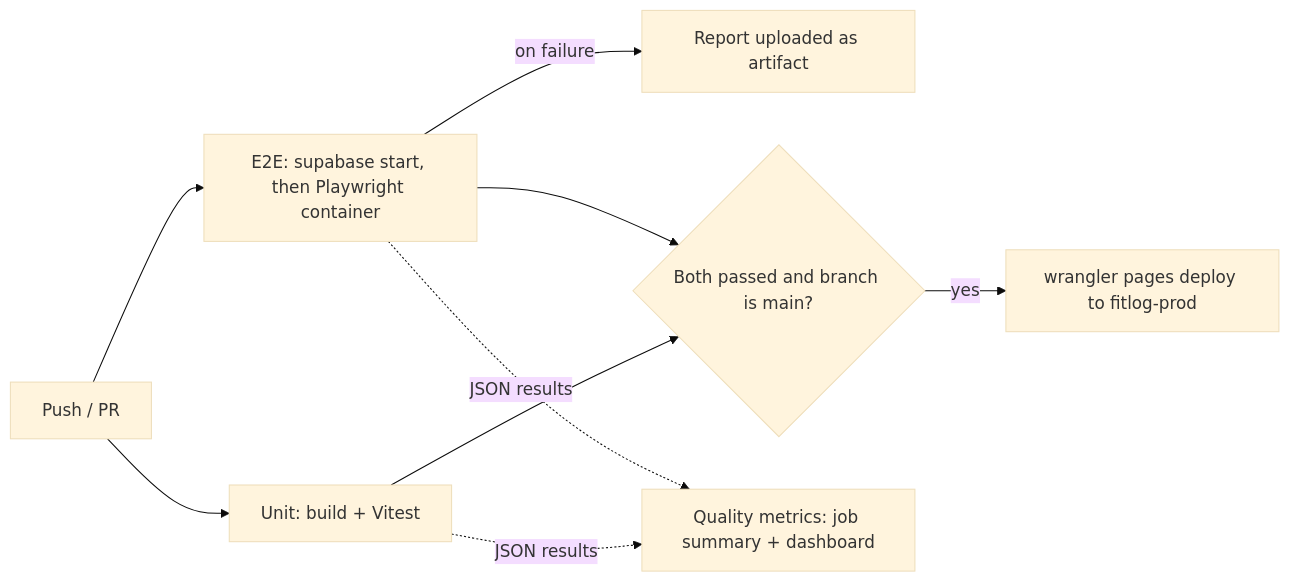
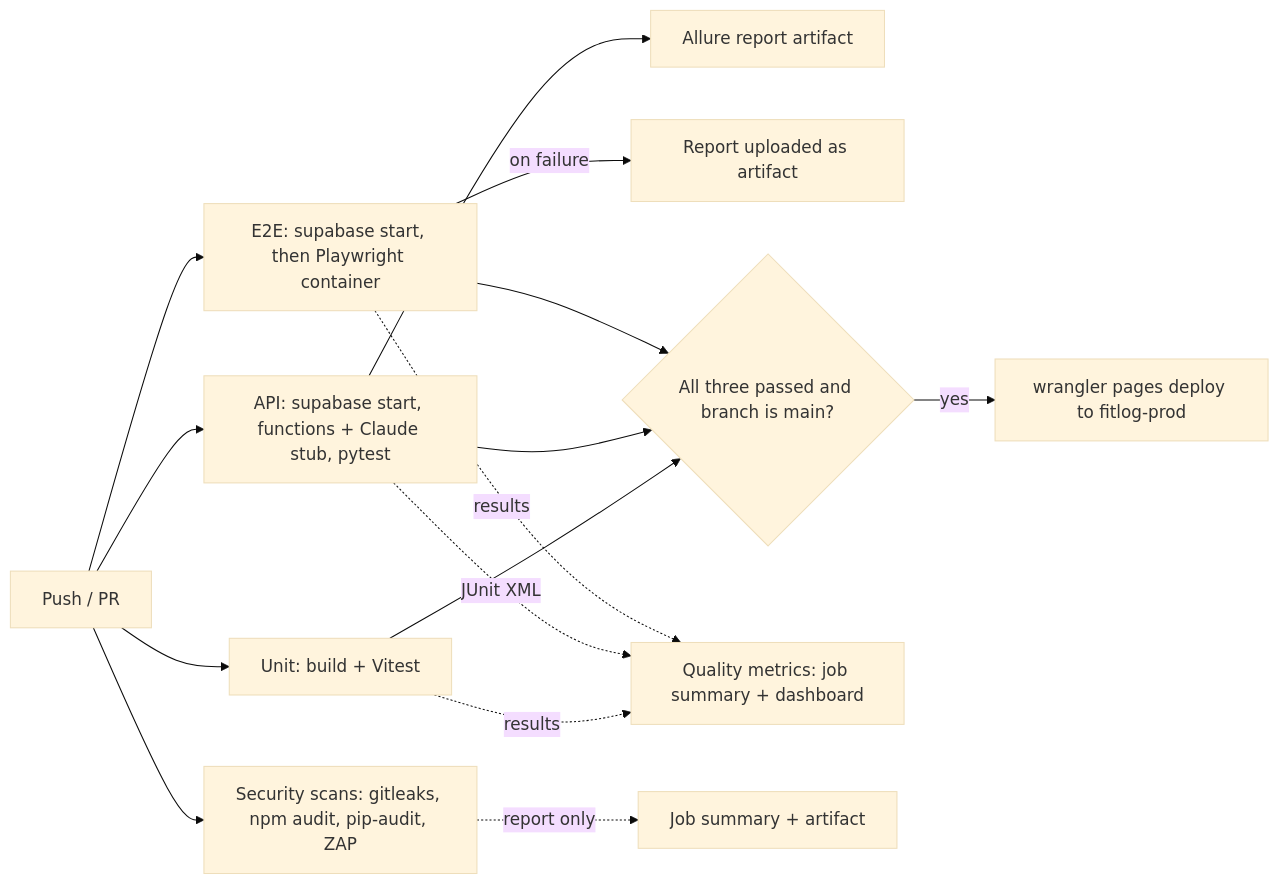
One commit to kakaul94-prof/FitLog changed the second of 2 diagrams in README.md. Above: the diagram before and after it, drawn with Mermaid (base theme). The commit also changed other lines of this file and 2 other files, not shown here.

First line of the commit message:
Document the test pyramid, the API suite and every security finding

````diff
--- a/README.md
+++ b/README.md
@@ -94,11 +110,17 @@
 ```mermaid
 flowchart LR
   PUSH[Push / PR] --> UNIT[Unit: build + Vitest]
+  PUSH --> API[API: supabase start, functions + Claude stub, pytest]
   PUSH --> E2E[E2E: supabase start, then Playwright container]
+  PUSH --> SEC[Security scans: gitleaks, npm audit, pip-audit, ZAP]
+  API --> ALLURE[Allure report artifact]
   E2E -- on failure --> ART[Report uploaded as artifact]
-  UNIT --> GATE{Both passed and branch is main?}
+  UNIT --> GATE{All three passed and branch is main?}
+  API --> GATE
   E2E --> GATE
   GATE -- yes --> DEPLOY[wrangler pages deploy to fitlog-prod]
-  UNIT -. JSON results .-> METRICS[Quality metrics: job summary + dashboard]
-  E2E -. JSON results .-> METRICS
+  UNIT -. results .-> METRICS[Quality metrics: job summary + dashboard]
+  API -. JUnit XML .-> METRICS
+  E2E -. results .-> METRICS
+  SEC -. report only .-> SUMMARY[Job summary + artifact]
 ```
````
